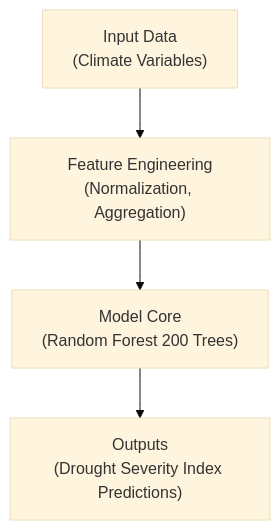
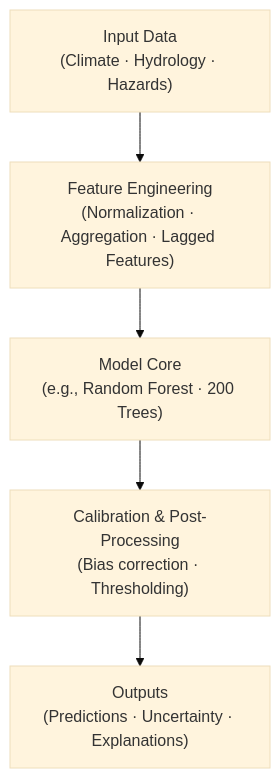
One commit to bartytime4life/Kansas-Frontier-Matrix changed the diagram in docs/templates/model_card.md. Above: the diagram before and after it, drawn with Mermaid (base theme). The commit also changed other lines of this file, not shown here.

````diff
--- a/docs/templates/model_card.md
+++ b/docs/templates/model_card.md
@@ -77,6 +108,7 @@
 ```mermaid
 graph TD
-  A["Input Data<br/>(Climate Variables)"] --> B["Feature Engineering<br/>(Normalization, Aggregation)"]
-  B --> C["Model Core<br/>(Random Forest 200 Trees)"]
-  C --> D["Outputs<br/>(Drought Severity Index Predictions)"]
+  A["Input Data<br/>(Climate · Hydrology · Hazards)"] --> B["Feature Engineering<br/>(Normalization · Aggregation · Lagged Features)"]
+  B --> C["Model Core<br/>(e.g., Random Forest · 200 Trees)"]
+  C --> D["Calibration & Post-Processing<br/>(Bias correction · Thresholding)"]
+  D --> E["Outputs<br/>(Predictions · Uncertainty · Explanations)"]
 ```
````
